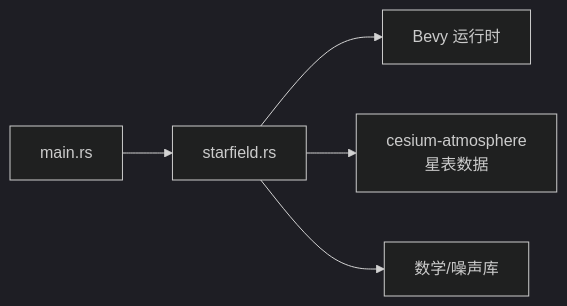
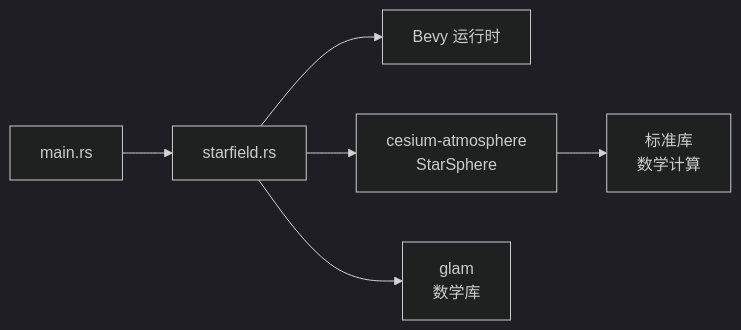
The fifth of 5 diagrams in .qoder/repowiki/zh/content/项目概述/核心特性/3D渲染引擎/特效与后处理系统/星场渲染器.md (rzhangjing/cesium), drawn with Mermaid (dark theme) before and after one commit. The commit also changed other lines of this file and 6 other files, not shown here.

````diff
--- a/.qoder/repowiki/zh/content/项目概述/核心特性/3D渲染引擎/特效与后处理系统/星场渲染器.md
+++ b/.qoder/repowiki/zh/content/项目概述/核心特性/3D渲染引擎/特效与后处理系统/星场渲染器.md
@@ -186,7 +238,8 @@
 ```mermaid
 graph LR
 Main["main.rs"] --> Star["starfield.rs"]
 Star --> Bevy["Bevy 运行时"]
-Star --> Atmosphere["cesium-atmosphere<br/>星表数据"]
-Star --> Math["数学/噪声库"]
+Star --> Atmosphere["cesium-atmosphere<br/>StarSphere"]
+Star --> Glam["glam<br/>数学库"]
+Atmosphere --> Math["标准库<br/>数学计算"]
 ```
````
